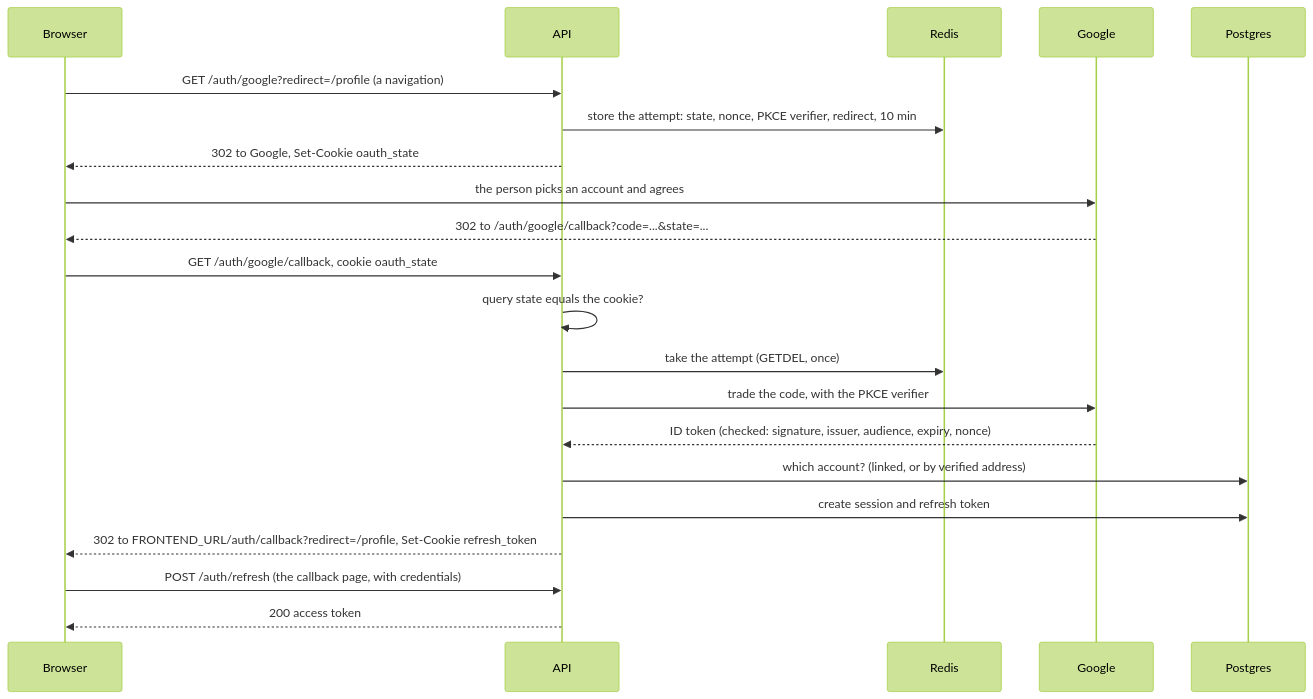
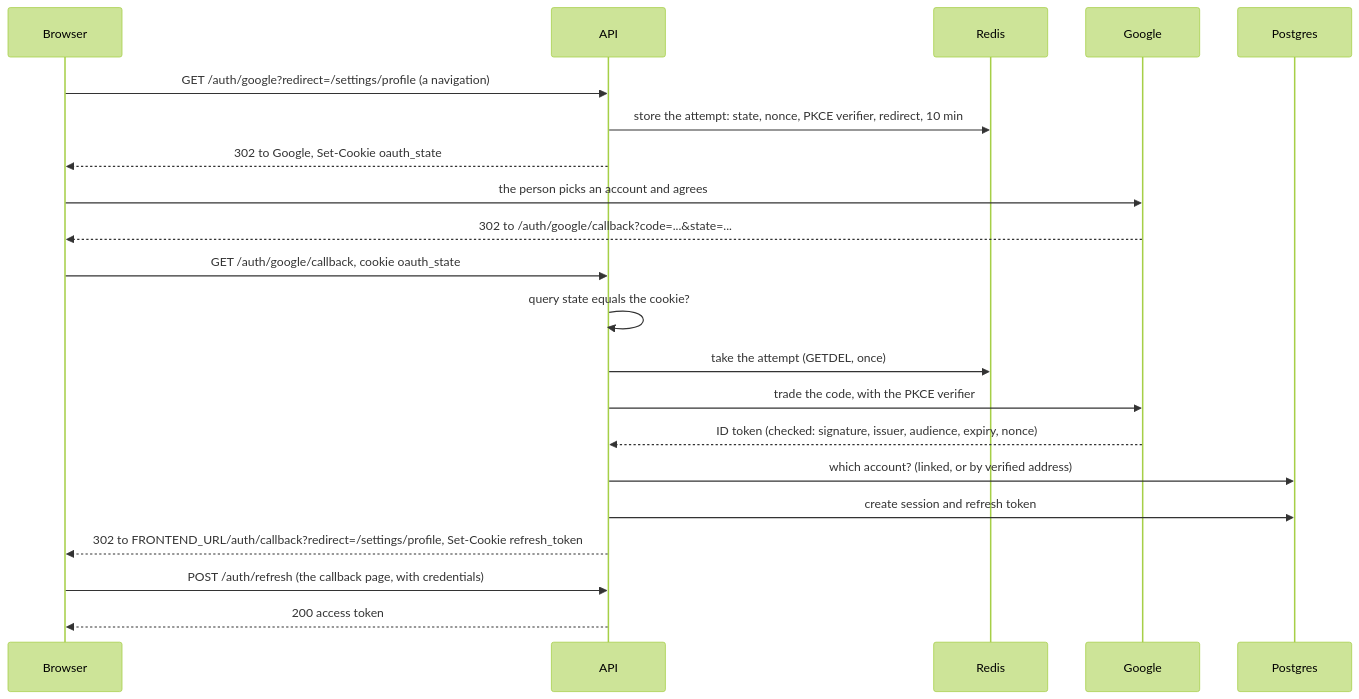
The eighth of 10 diagrams in docs/auth/flows.md (StoriuSs/NezFocus-Backend), drawn with Mermaid (forest theme) before and after one commit. The commit also changed 13 other files, not shown here.

````diff
--- a/docs/auth/flows.md
+++ b/docs/auth/flows.md
@@ -450,23 +450,23 @@
 ```mermaid
 sequenceDiagram
     participant B as Browser
     participant A as API
     participant R as Redis
     participant G as Google
     participant P as Postgres
-    B->>A: GET /auth/google?redirect=/profile (a navigation)
+    B->>A: GET /auth/google?redirect=/settings/profile (a navigation)
     A->>R: store the attempt: state, nonce, PKCE verifier, redirect, 10 min
     A-->>B: 302 to Google, Set-Cookie oauth_state
     B->>G: the person picks an account and agrees
     G-->>B: 302 to /auth/google/callback?code=...&state=...
     B->>A: GET /auth/google/callback, cookie oauth_state
     A->>A: query state equals the cookie?
     A->>R: take the attempt (GETDEL, once)
     A->>G: trade the code, with the PKCE verifier
     G-->>A: ID token (checked: signature, issuer, audience, expiry, nonce)
     A->>P: which account? (linked, or by verified address)
     A->>P: create session and refresh token
-    A-->>B: 302 to FRONTEND_URL/auth/callback?redirect=/profile, Set-Cookie refresh_token
+    A-->>B: 302 to FRONTEND_URL/auth/callback?redirect=/settings/profile, Set-Cookie refresh_token
     B->>A: POST /auth/refresh (the callback page, with credentials)
     A-->>B: 200 access token
 ```
````
